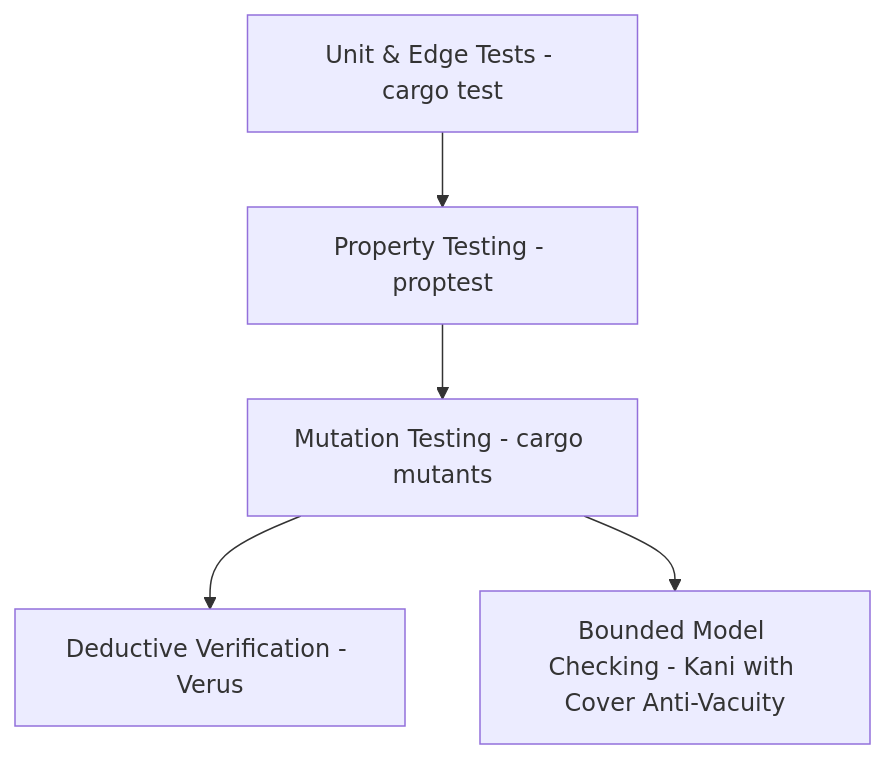
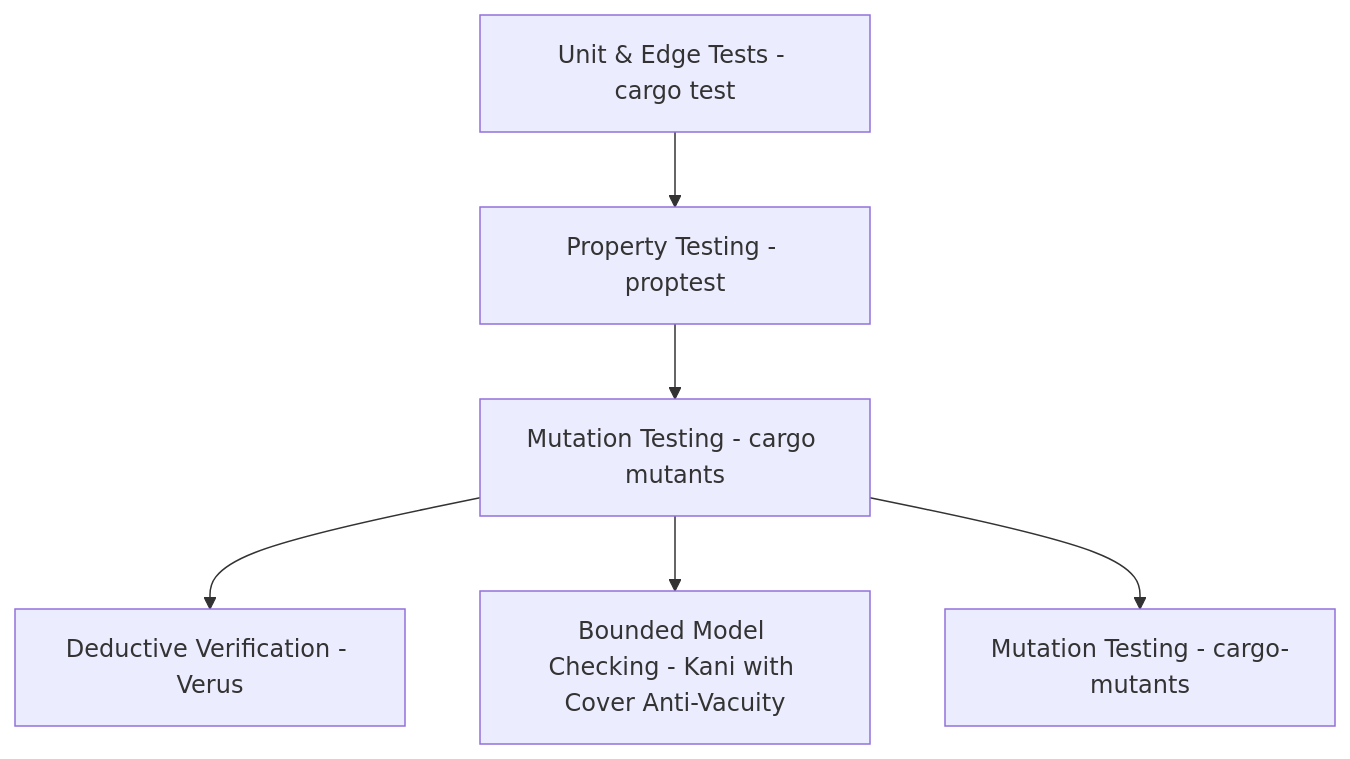
The diagram in PRD.md (mike10010100/skyauth), drawn with Mermaid before and after one commit. The commit also changed other lines of this file and 360 other files, not shown here.

````diff
--- a/PRD.md
+++ b/PRD.md
@@ -170,7 +170,8 @@
 ```mermaid
 graph TD
     A[Unit & Edge Tests - cargo test] --> B[Property Testing - proptest]
     B --> C[Mutation Testing - cargo mutants]
     C --> D[Deductive Verification - Verus]
     C --> E[Bounded Model Checking - Kani with Cover Anti-Vacuity]
+    C --> F[Mutation Testing - cargo-mutants]
 ```
````
